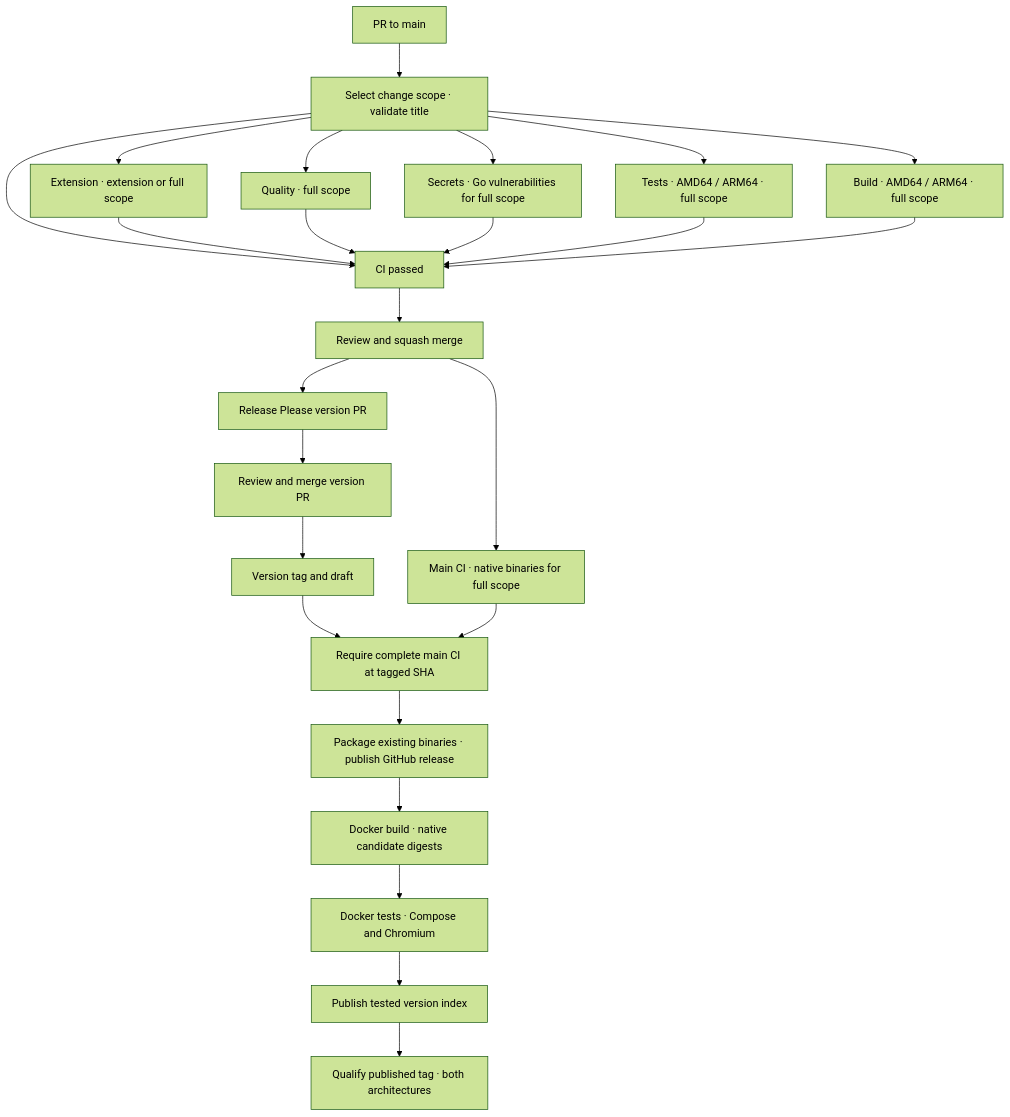
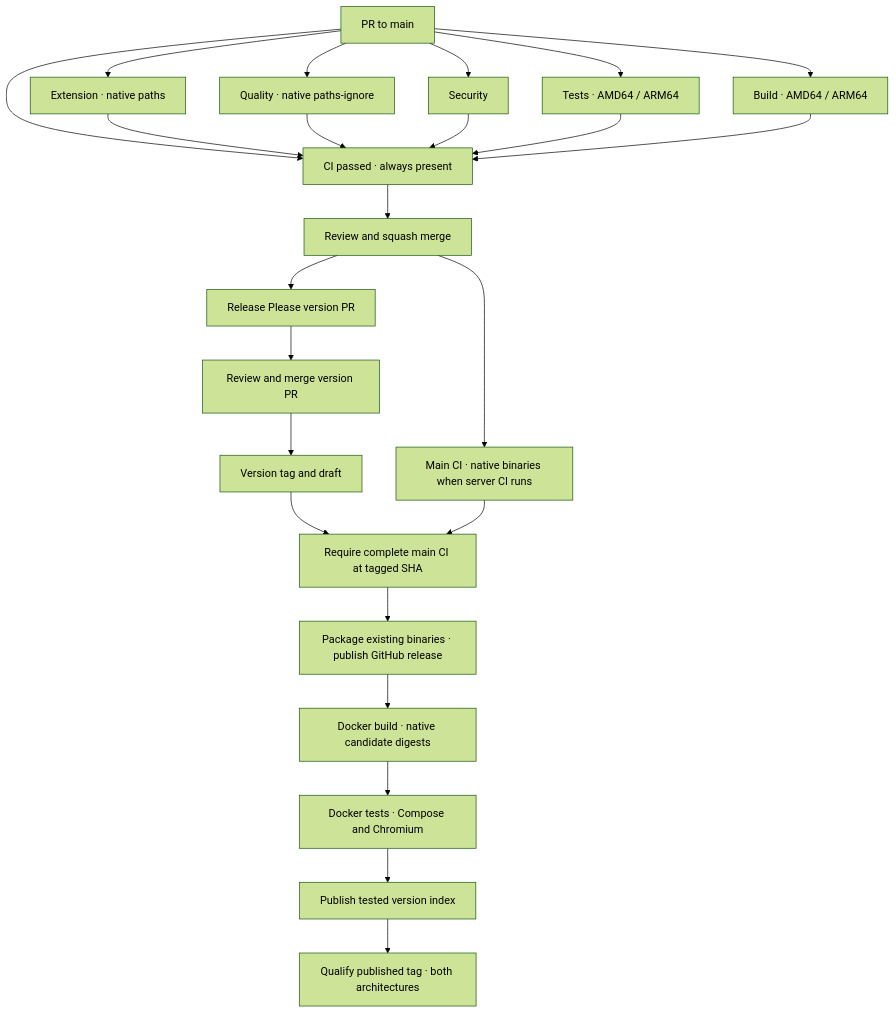
Before and after one commit to theopoc/pocketmark: the diagram in docs/CI.md, drawn with Mermaid (forest theme). The commit also changed other lines of this file and 9 other files, not shown here.

````diff
--- a/docs/CI.md
+++ b/docs/CI.md
@@ -172,27 +166,26 @@
 ```mermaid
 flowchart TD
-    PR["PR to main"] --> SCOPE["Select change scope · validate title"]
-    SCOPE --> Q["Quality · full scope"]
-    SCOPE --> S["Secrets · Go vulnerabilities for full scope"]
-    SCOPE --> T["Tests · AMD64 / ARM64 · full scope"]
-    SCOPE --> EXT["Extension · extension or full scope"]
-    SCOPE --> B["Build · AMD64 / ARM64 · full scope"]
-    SCOPE --> G["CI passed"]
+    PR["PR to main"] --> Q["Quality · native paths-ignore"]
+    PR --> EXT["Extension · native paths"]
+    PR --> G["CI passed · always present"]
     EXT --> G
+    PR --> S["Security"]
+    PR --> T["Tests · AMD64 / ARM64"]
+    PR --> B["Build · AMD64 / ARM64"]
     Q --> G
     S --> G
     T --> G
     B --> G
     G --> M["Review and squash merge"]
-    M --> CI["Main CI · native binaries for full scope"]
+    M --> CI["Main CI · native binaries when server CI runs"]
     M --> RP["Release Please version PR"]
     RP --> R["Review and merge version PR"]
     R --> TAG["Version tag and draft"]
     TAG --> WAIT["Require complete main CI at tagged SHA"]
     CI --> WAIT
     WAIT --> PUB["Package existing binaries · publish GitHub release"]
     PUB --> DB["Docker build · native candidate digests"]
     DB --> DT["Docker tests · Compose and Chromium"]
     DT --> DP["Publish tested version index"]
     DP --> V["Qualify published tag · both architectures"]
 ```
````
